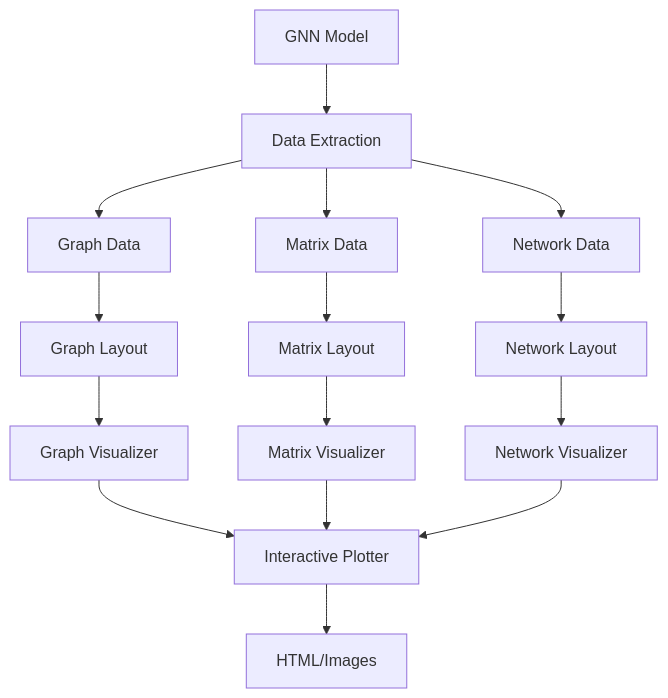
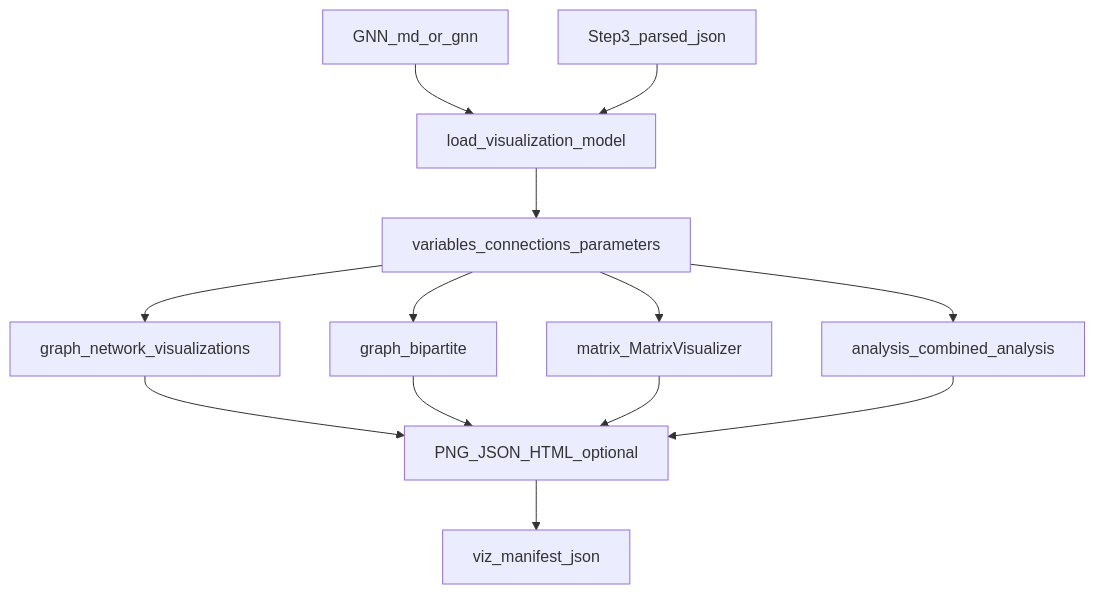
The first of 3 diagrams in src/visualization/README.md (ActiveInferenceInstitute/GeneralizedNotationNotation), drawn with Mermaid before and after one commit. The commit also changed other lines of this file and 1845 other files, not shown here.

````diff
--- a/src/visualization/README.md
+++ b/src/visualization/README.md
@@ -20,21 +32,15 @@
 ```mermaid
 graph TD
-    Input[GNN Model] --> Extract[Data Extraction]
-    Extract --> GraphData[Graph Data]
-    Extract --> MatrixData[Matrix Data]
-    Extract --> NetworkData[Network Data]
-    
-    GraphData --> LayoutG[Graph Layout]
-    MatrixData --> LayoutM[Matrix Layout]
-    NetworkData --> LayoutN[Network Layout]
-    
-    LayoutG --> RenderG[Graph Visualizer]
-    LayoutM --> RenderM[Matrix Visualizer]
-    LayoutN --> RenderN[Network Visualizer]
-    
-    RenderG --> Interactive[Interactive Plotter]
-    RenderM --> Interactive
-    RenderN --> Interactive
-    
-    Interactive --> Output[HTML/Images]
+    Input[GNN_md_or_gnn] --> Loader[load_visualization_model]
+    Step3[Step3_parsed_json] --> Loader
+    Loader --> ModelDict[variables_connections_parameters]
+    ModelDict --> Net[graph_network_visualizations]
+    ModelDict --> Bipartite[graph_bipartite]
+    ModelDict --> Mat[matrix_MatrixVisualizer]
+    ModelDict --> Combo[analysis_combined_analysis]
+    Net --> Out[PNG_JSON_HTML_optional]
+    Bipartite --> Out
+    Mat --> Out
+    Combo --> Out
+    Out --> Manifest[viz_manifest_json]
 ```
````
